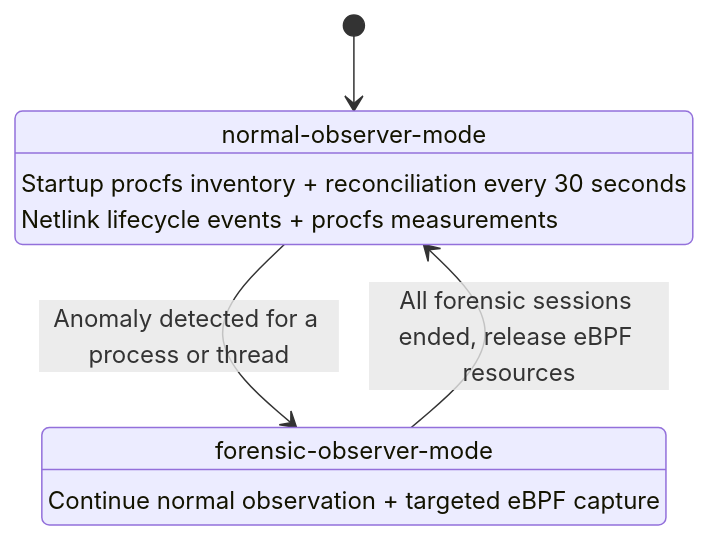
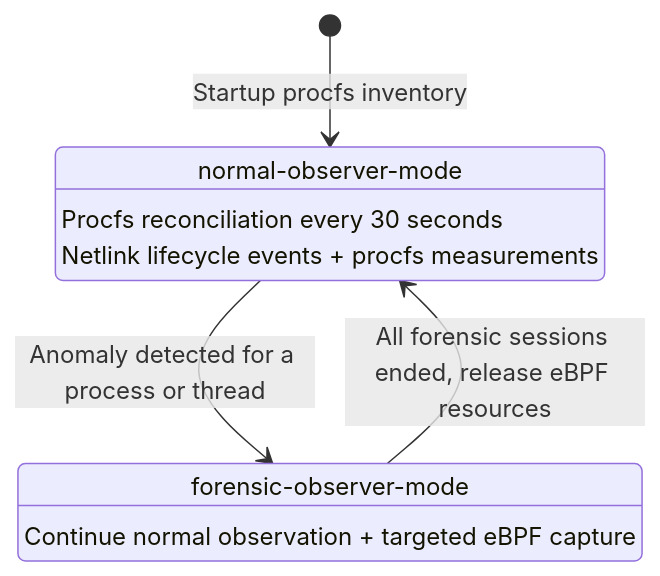
Before and after one commit to Quelt1c/rdk-observer-rs: the second of 2 diagrams in README.md, drawn with Mermaid. The commit also changed other lines of this file and 12 other files, not shown here.

Commit message:
tunning design docs and mermaid flows

````diff
--- a/README.md
+++ b/README.md
@@ -60,11 +62,11 @@
 ```mermaid
 stateDiagram-v2
-    [*] --> Normal
+    [*] --> Normal: Startup procfs inventory
     Normal: normal-observer-mode
-    Normal: Startup procfs inventory + reconciliation every 30 seconds
+    Normal: Procfs reconciliation every 30 seconds
     Normal: Netlink lifecycle events + procfs measurements
     Normal --> Forensic: Anomaly detected for a process or thread
     Forensic: forensic-observer-mode
     Forensic: Continue normal observation + targeted eBPF capture
     Forensic --> Normal: All forensic sessions ended, release eBPF resources
 ```
````
